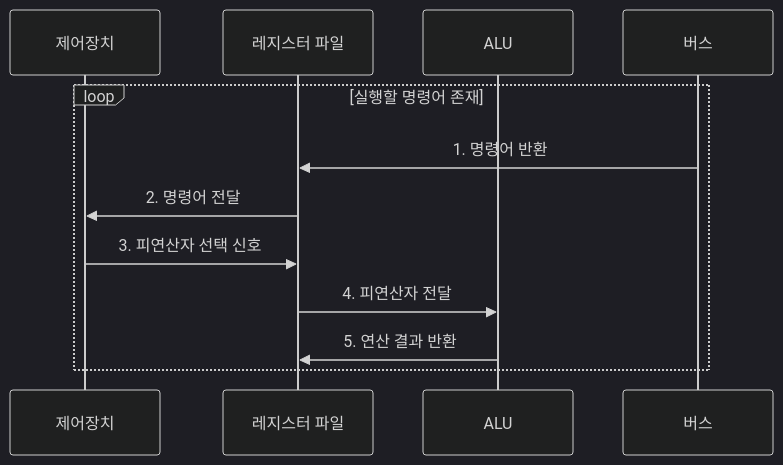
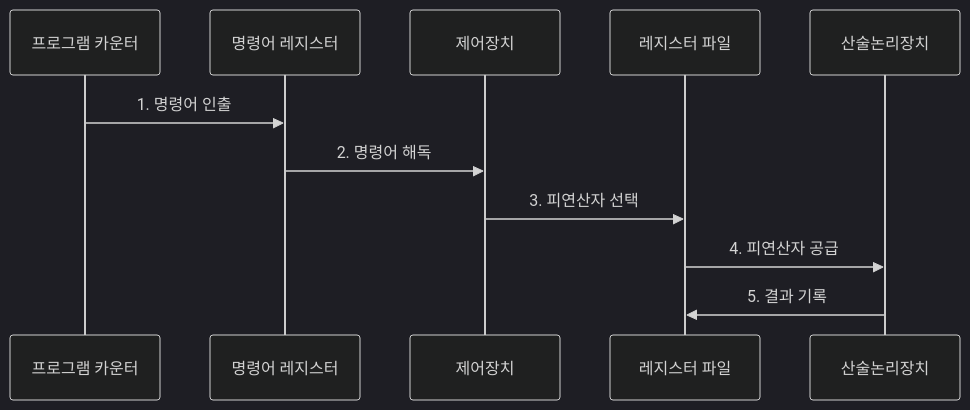
The second of 2 diagrams in src/content/docs/notes/02-hardware/002_cpu_components.md (agnusdei1207/knowledge-base), drawn with Mermaid (dark theme) before and after one commit. The commit also changed other lines of this file, not shown here.

````diff
--- a/src/content/docs/notes/02-hardware/002_cpu_components.md
+++ b/src/content/docs/notes/02-hardware/002_cpu_components.md
@@ -105,14 +101,13 @@
 ```mermaid
 sequenceDiagram
+    participant P as 프로그램 카운터
+    participant I as 명령어 레지스터
     participant C as 제어장치
     participant R as 레지스터 파일
-    participant A as ALU
-    participant B as 버스
-    loop 실행할 명령어 존재
-        B->>R: 1. 명령어 반환
-        R->>C: 2. 명령어 전달
-        C->>R: 3. 피연산자 선택 신호
-        R->>A: 4. 피연산자 전달
-        A->>R: 5. 연산 결과 반환
-    end
+    participant A as 산술논리장치
+    P->>I: 1. 명령어 인출
+    I->>C: 2. 명령어 해독
+    C->>R: 3. 피연산자 선택
+    R->>A: 4. 피연산자 공급
+    A->>R: 5. 결과 기록
 ```
````
